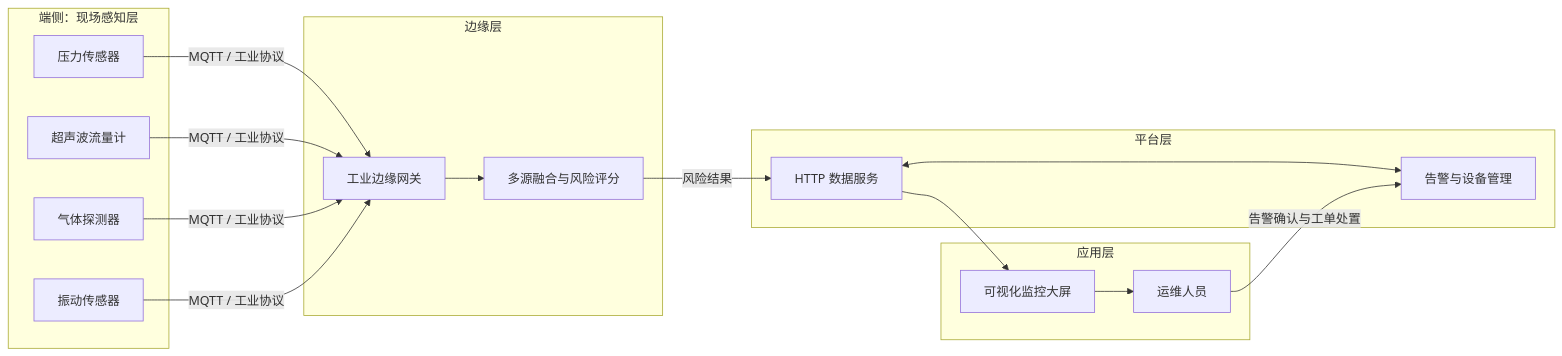
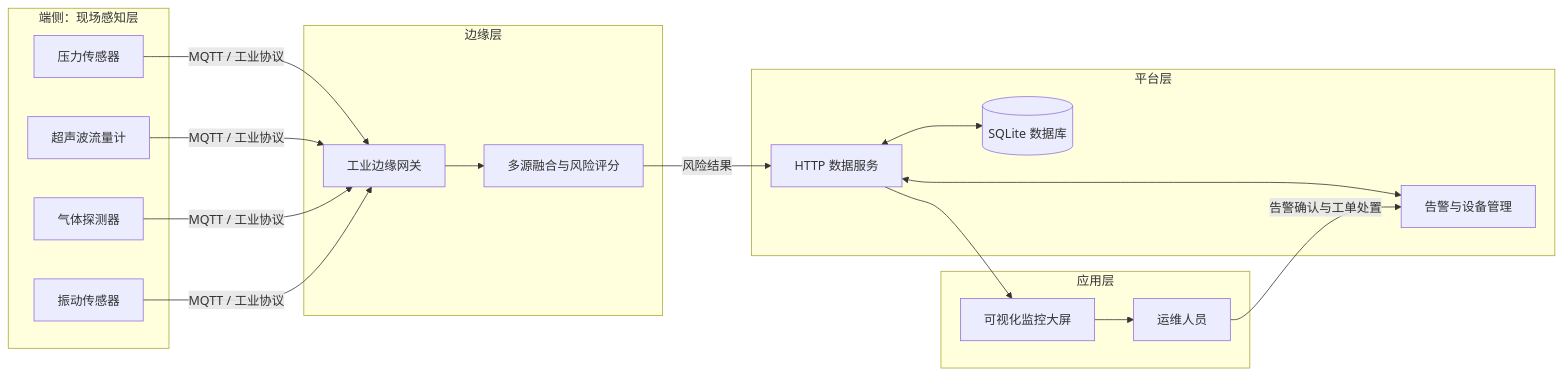
Before and after one commit to lihanyu050826/PipeGuard: the diagram in README.md, drawn with Mermaid. The commit also changed other lines of this file and 17 other files, not shown here.

````diff
--- a/README.md
+++ b/README.md
@@ -66,27 +77,29 @@
 ```mermaid
 flowchart LR
     subgraph Device["端侧：现场感知层"]
         P["压力传感器"]
         F["超声波流量计"]
         G["气体探测器"]
         V["振动传感器"]
     end
     subgraph Edge["边缘层"]
         GW["工业边缘网关"]
         ALG["多源融合与风险评分"]
     end
     subgraph Platform["平台层"]
         API["HTTP 数据服务"]
         EVENT["告警与设备管理"]
+        DB[("SQLite 数据库")]
     end
     subgraph App["应用层"]
         DASH["可视化监控大屏"]
         USER["运维人员"]
     end
     P & F & G & V -->|MQTT / 工业协议| GW
     GW --> ALG
     ALG -->|风险结果| API
     API <--> EVENT
+    API <--> DB
     API --> DASH --> USER
     USER -->|告警确认与工单处置| EVENT
 ```
````
